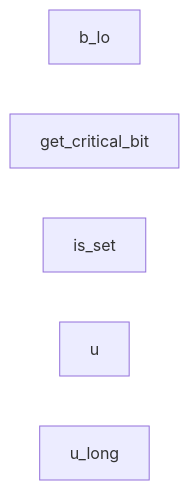
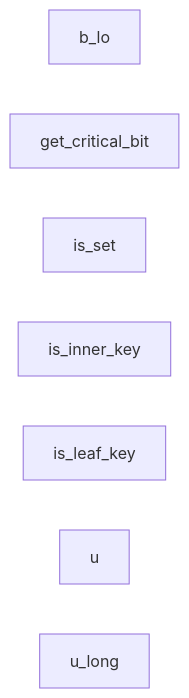
The diagram in doc/diagrams/src/modules/critqueue.md (econia-labs/econia), drawn with Mermaid before and after one commit. The commit also changed 2 other files, not shown here.

Commit message:
Add bitmask getter funcs, tests

````diff
--- a/doc/diagrams/src/modules/critqueue.md
+++ b/doc/diagrams/src/modules/critqueue.md
@@ -8,11 +8,13 @@
 ```mermaid
 
 flowchart LR
 
 b_lo
 get_critical_bit
 is_set
+is_inner_key
+is_leaf_key
 u
 u_long
 
 ```
````
